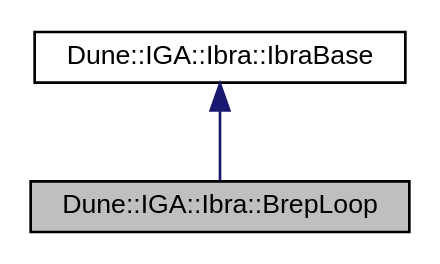
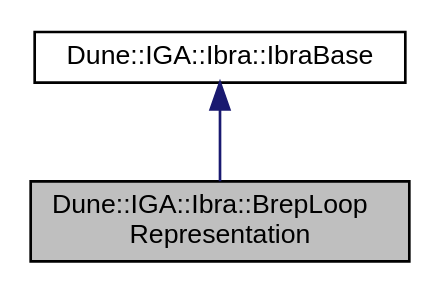
One commit to rath3t/dune-iga-doc changed the diagram in d2/d1f/a01361.dot. Above: the diagram before and after it, drawn with Graphviz. The commit also changed 968 other files, not shown here.

Commit message:
deploy: rath3t/dune-iga@f2dbb65936e775b6f4d62a33cb2082f06c7ffcd6

```diff
--- a/d2/d1f/a01361.dot
+++ b/d2/d1f/a01361.dot
@@ -1,9 +1,9 @@
-digraph "Dune::IGA::Ibra::BrepLoop"
+digraph "Dune::IGA::Ibra::BrepLoopRepresentation"
 {
  // LATEX_PDF_SIZE
   edge [fontname="Helvetica",fontsize="10",labelfontname="Helvetica",labelfontsize="10"];
   node [fontname="Helvetica",fontsize="10",shape=record];
-  Node1 [label="Dune::IGA::Ibra::BrepLoop",height=0.2,width=0.4,color="black", fillcolor="grey75", style="filled", fontcolor="black",tooltip=" "];
+  Node1 [label="Dune::IGA::Ibra::BrepLoop\lRepresentation",height=0.2,width=0.4,color="black", fillcolor="grey75", style="filled", fontcolor="black",tooltip=" "];
   Node2 -> Node1 [dir="back",color="midnightblue",fontsize="10",style="solid",fontname="Helvetica"];
-  Node2 [label="Dune::IGA::Ibra::IbraBase",height=0.2,width=0.4,color="black", fillcolor="white", style="filled",URL="$d5/da0/a01342.html",tooltip=" "];
+  Node2 [label="Dune::IGA::Ibra::IbraBase",height=0.2,width=0.4,color="black", fillcolor="white", style="filled",URL="$d9/de4/a01346.html",tooltip=" "];
 }
```
